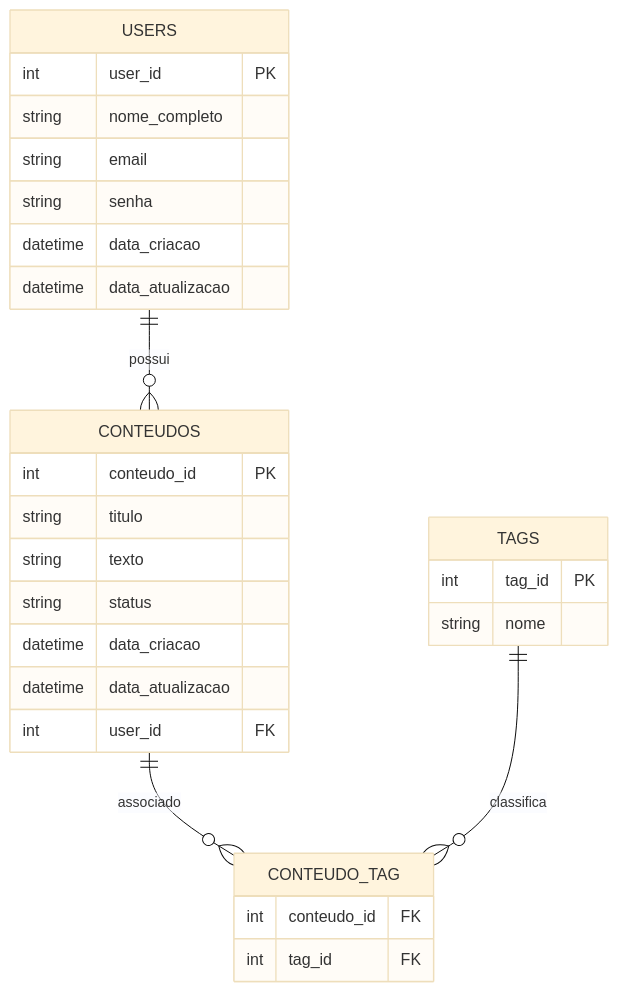
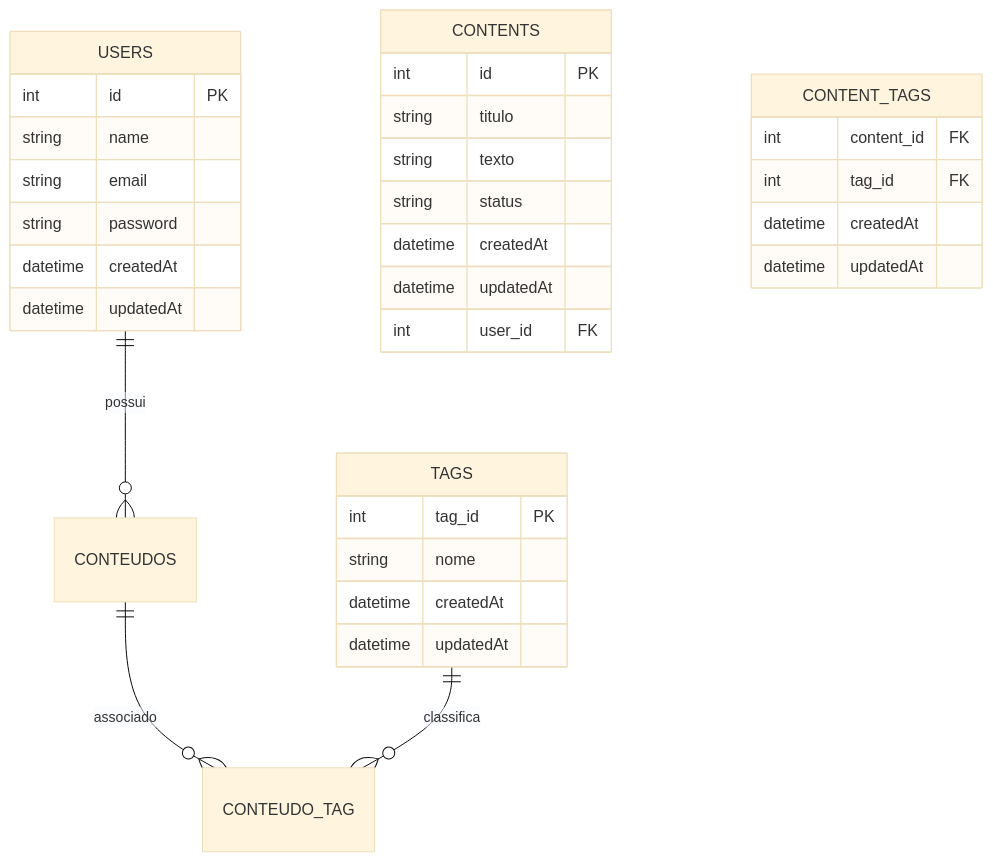
The diagram in Trabalho Final/README.md (victor-alexandre/TJGO-Frontend), drawn with Mermaid (base theme) before and after one commit. The commit also changed other lines of this file, not shown here.

Commit message:
chore: update do readme

````diff
--- a/Trabalho Final/README.md
+++ b/Trabalho Final/README.md
@@ -83,32 +83,36 @@
 ```mermaid
 erDiagram
     USERS {
-        int user_id PK
-        string nome_completo
+        int id PK
+        string name
         string email
-        string senha
-        datetime data_criacao
-        datetime data_atualizacao
+        string password
+        datetime createdAt
+        datetime updatedAt
     }
-    CONTEUDOS {
-        int conteudo_id PK
+    CONTENTS {
+        int id PK
         string titulo
         string texto
         string status
-        datetime data_criacao
-        datetime data_atualizacao
+        datetime createdAt
+        datetime updatedAt
         int user_id FK
     }
     TAGS {
         int tag_id PK
         string nome
+        datetime createdAt
+        datetime updatedAt
     }
-    CONTEUDO_TAG {
-        int conteudo_id FK
+    CONTENT_TAGS {
+        int content_id FK
         int tag_id FK
+        datetime createdAt
+        datetime updatedAt
     }
 
     USERS ||--o{ CONTEUDOS : "possui"
     CONTEUDOS ||--o{ CONTEUDO_TAG : "associado"
     TAGS ||--o{ CONTEUDO_TAG : "classifica"
 ```
````
